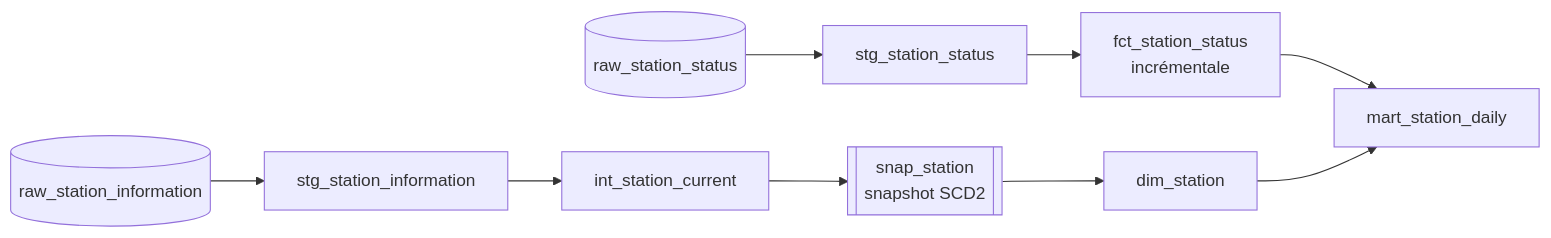
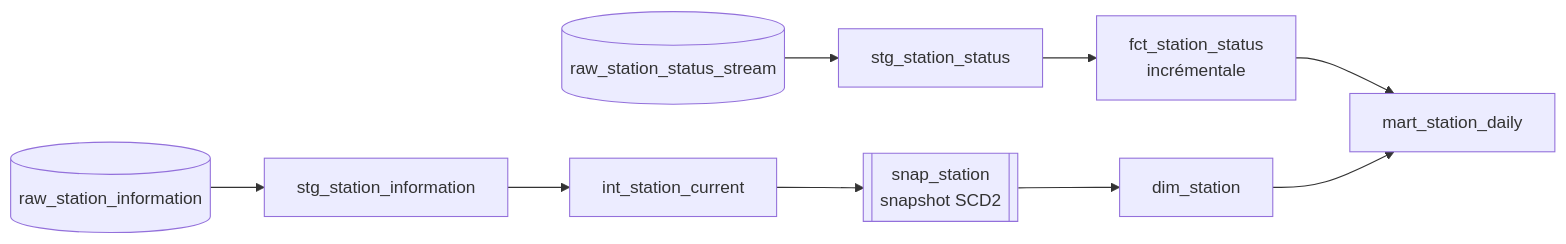
One commit to Tiffado/vlille-data-pipeline changed the diagram in docs/guide/05-dbt.md. Above: the diagram before and after it, drawn with Mermaid. The commit also changed other lines of this file and 28 other files, not shown here.

````diff
--- a/docs/guide/05-dbt.md
+++ b/docs/guide/05-dbt.md
@@ -19,11 +19,11 @@
 ```mermaid
 flowchart LR
-    RS[(raw_station_status)] --> SS[stg_station_status]
+    RS[(raw_station_status_stream)] --> SS[stg_station_status]
     RI[(raw_station_information)] --> SI[stg_station_information]
     SI --> IC[int_station_current]
     IC --> SNAP[[snap_station<br/>snapshot SCD2]]
     SNAP --> DIM[dim_station]
     SS --> FCT[fct_station_status<br/>incrémentale]
     FCT --> MART[mart_station_daily]
     DIM --> MART
 ```
````
